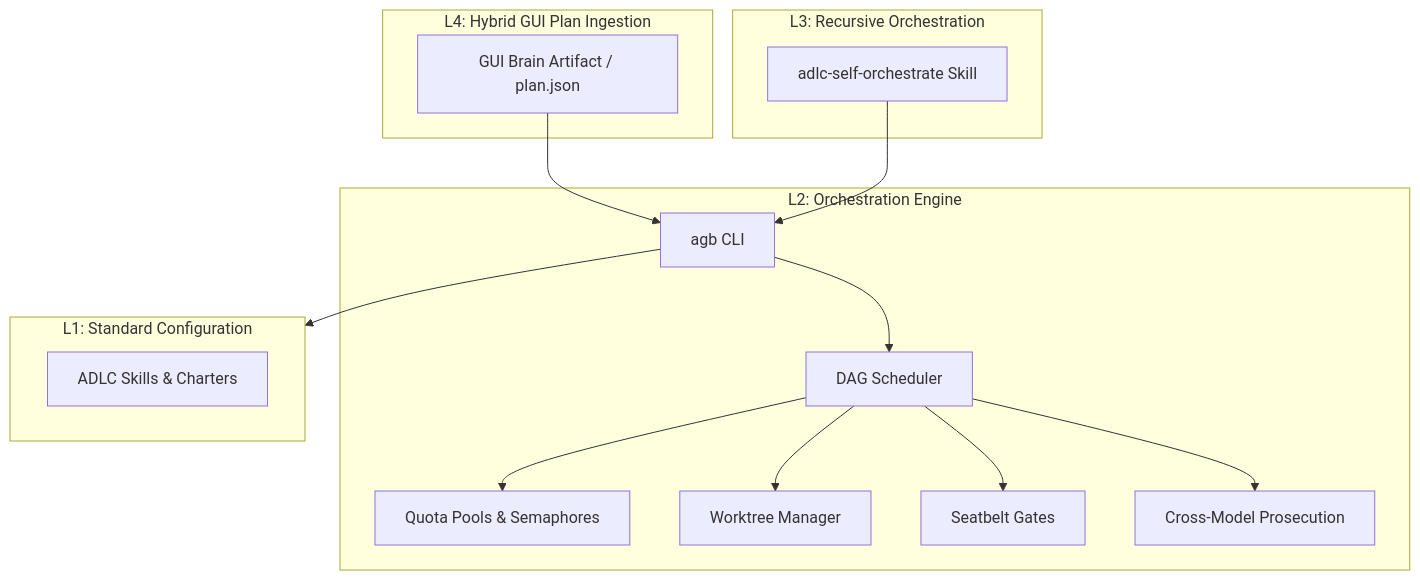
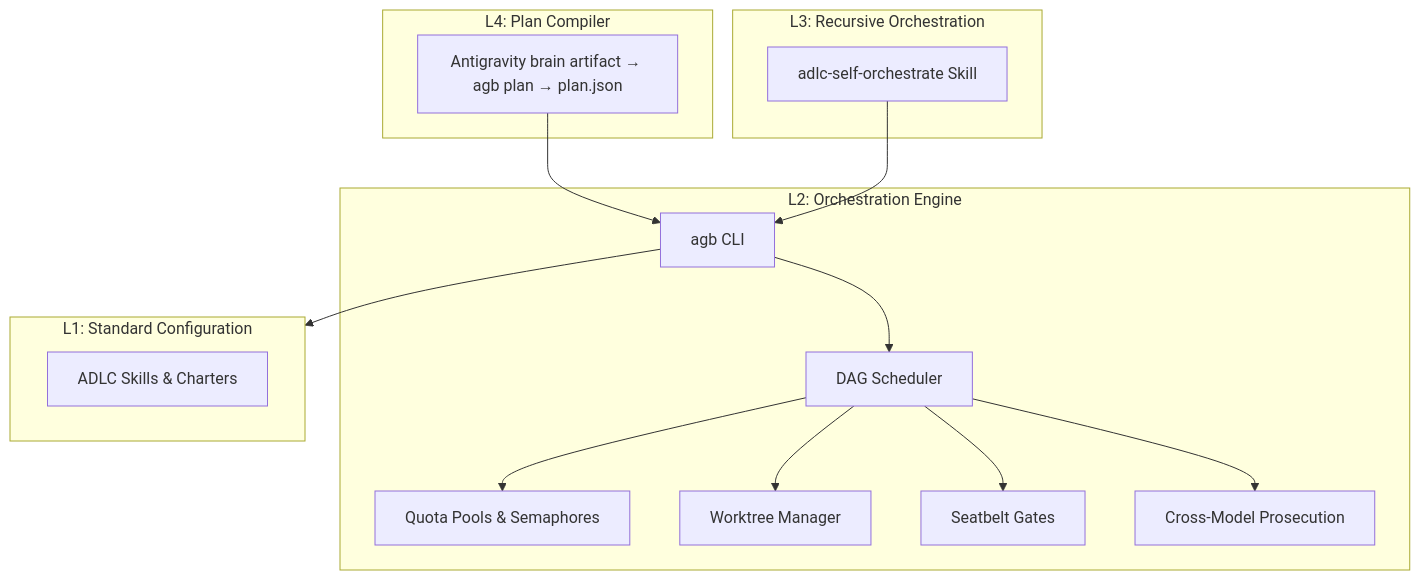
The diagram in docs/README.md (voodootikigod/antigravity-booster), drawn with Mermaid before and after one commit. The commit also changed other lines of this file and 2 other files, not shown here.

````diff
--- a/docs/README.md
+++ b/docs/README.md
@@ -20,23 +21,23 @@
 ```mermaid
 graph TD
-    subgraph L4 [L4: Hybrid GUI Plan Ingestion]
-        Plan[GUI Brain Artifact / plan.json]
+    subgraph L4 [L4: Plan Compiler]
+        Plan[Antigravity brain artifact → agb plan → plan.json]
     end
     subgraph L3 [L3: Recursive Orchestration]
         SelfOrch[adlc-self-orchestrate Skill]
     end
     subgraph L2 [L2: Orchestration Engine]
         AgbCli[agb CLI] --> Scheduler[DAG Scheduler]
         Scheduler --> Pools[Quota Pools & Semaphores]
         Scheduler --> Worktrees[Worktree Manager]
         Scheduler --> Gates[Seatbelt Gates]
         Scheduler --> Prosecute[Cross-Model Prosecution]
     end
     subgraph L1 [L1: Standard Configuration]
         Skills[ADLC Skills & Charters]
     end
 
     Plan --> AgbCli
     SelfOrch --> AgbCli
     AgbCli --> L1
 ```
````
